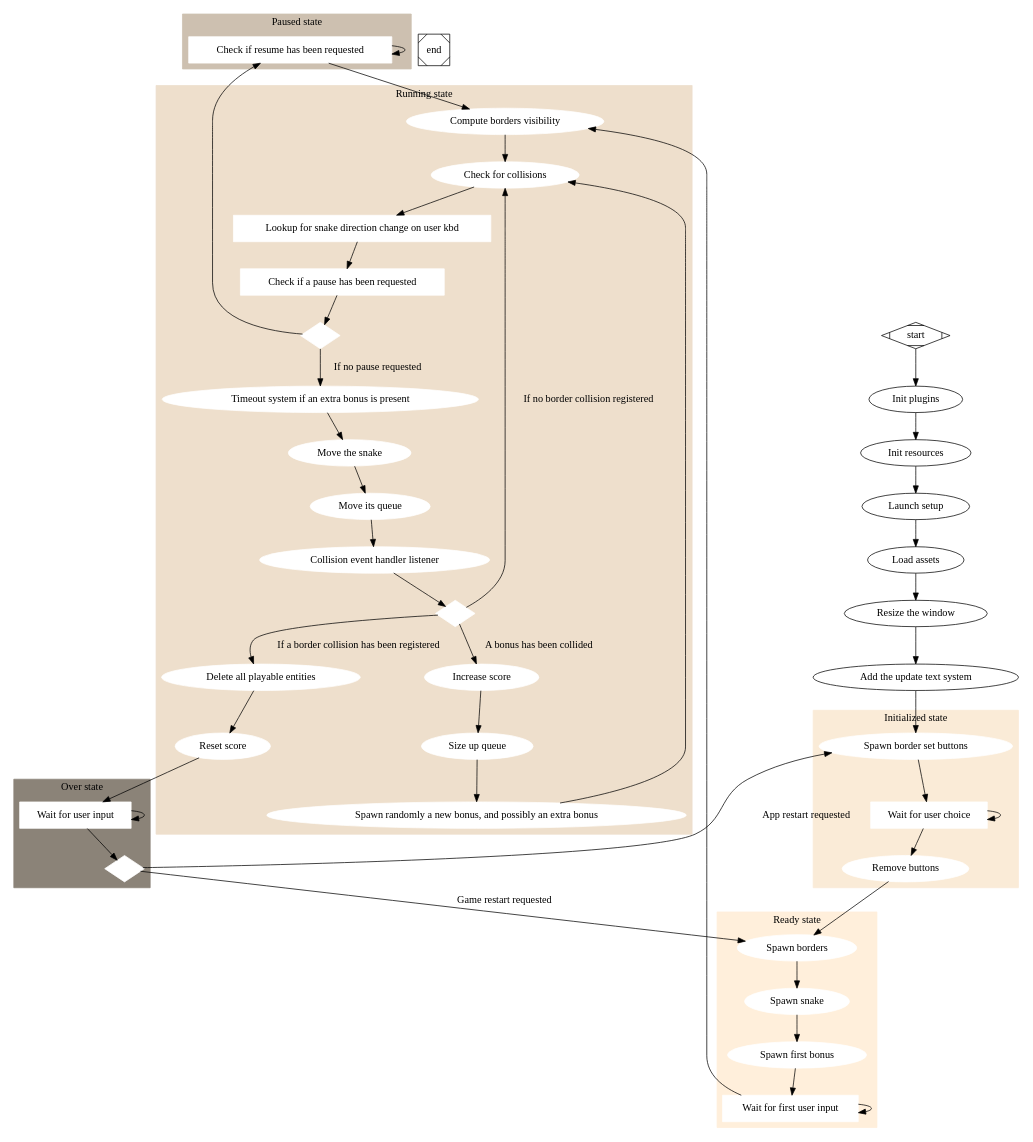
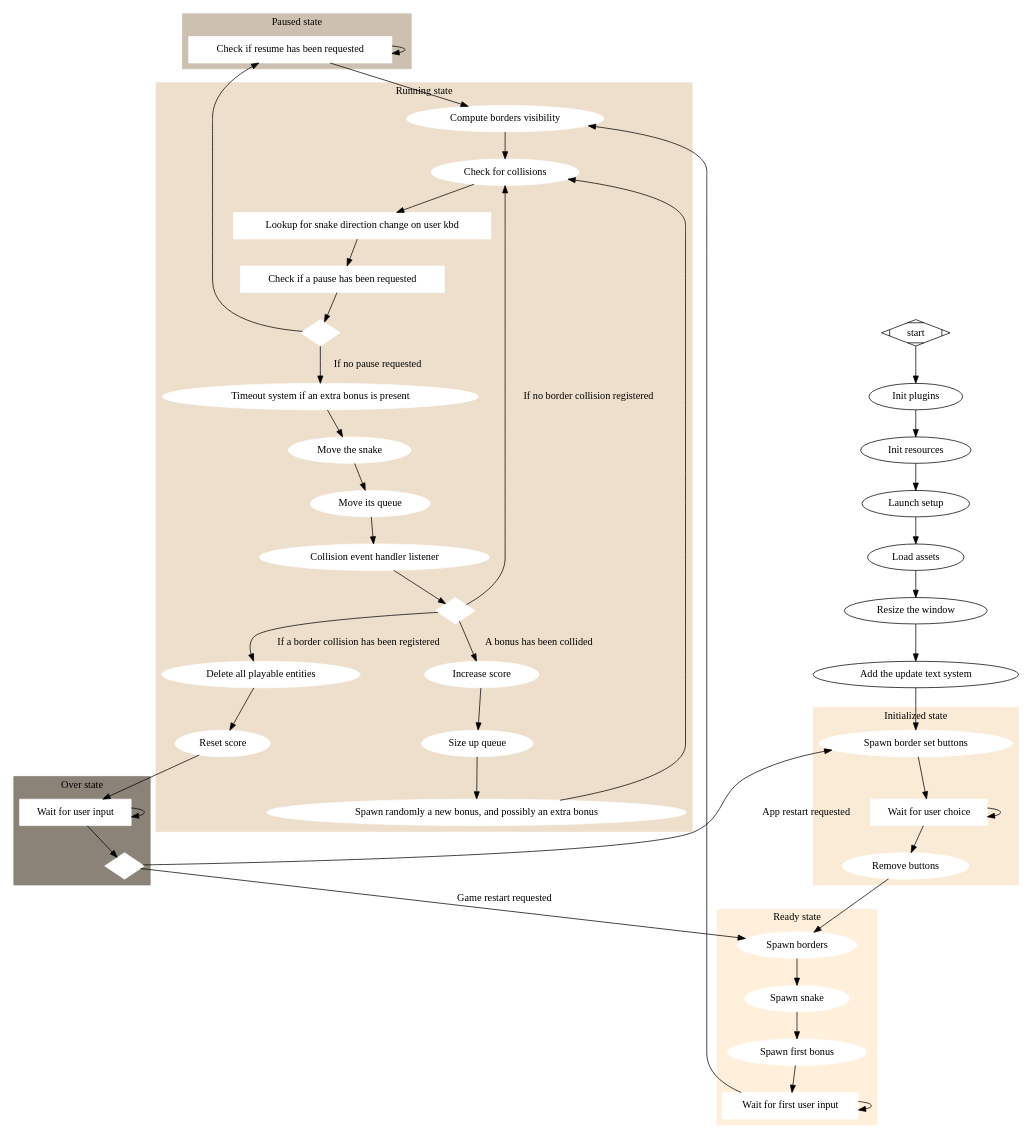
Before and after one commit to nag763/texas-snake: the diagram in process.dot, drawn with Graphviz. The commit also changed 3 other files, not shown here.

Commit message:
Add process graph to readme

```diff
--- a/process.dot
+++ b/process.dot
@@ -1,78 +1,77 @@
 digraph texas_snake_graph {
 
   subgraph cluster_0 {
     style=filled;
     color=antiquewhite;
     node [style=filled,color=white];
     "Spawn border set buttons" -> "Wait for user choice" -> "Wait for user choice" -> "Remove buttons"
     label = "Initialized state";
     "Wait for user choice" [shape=box]
   }
 
   subgraph cluster_1 {
       style=filled;
       color=antiquewhite1;
       node [style=filled,color=white];
       "Spawn borders" ->  "Spawn snake" -> "Spawn first bonus" -> "Wait for first user input" -> "Wait for first user input"
       "Wait for first user input" [shape=box]
       label = "Ready state"
   }
   
   subgraph cluster_2 {
       style=filled;
       color=antiquewhite2;
       node [style=filled,color=white];
       "Compute borders visibility" 
       -> "Check for collisions" 
       -> "Lookup for snake direction change on user kbd" 
       ->  "Check if a pause has been requested"
       -> a0;
       a0 -> "Timeout system if an extra bonus is present" [label="If no pause requested"];
       "Timeout system if an extra bonus is present"
       -> "Move the snake"
       -> "Move its queue"
       -> "Collision event handler listener"
       -> a1;
       a1 -> "Check for collisions" [label="If no border collision registered"];
       a1 -> "Delete all playable entities" [label="If a border collision has been registered"];
       a1 -> "Increase score" [label="A bonus has been collided"];
       "Increase score" -> "Size up queue" -> "Spawn randomly a new bonus, and possibly an extra bonus"
       "Spawn randomly a new bonus, and possibly an extra bonus" -> "Check for collisions"
       "Delete all playable entities" -> "Reset score";
       a0, a1 [label="", shape="diamond"]
       "Check if a pause has been requested" [shape=box]
       "Lookup for snake direction change on user kbd" [shape=box]
       label= "Running state"
   }
   
   subgraph cluster_3 {
       style=filled;
       color=antiquewhite3;
       node [style=filled,color=white];
       label= "Paused state"
       "Check if resume has been requested"  -> "Check if resume has been requested"
        "Check if resume has been requested"  [shape=box]
   }
   
   subgraph cluster_4 {
       style=filled;
       color=antiquewhite4;
       node [style=filled,color=white];
       "Wait for user input" -> "Wait for user input" -> b0;
       "Wait for user input"  [shape=box]
       b0 [label="", shape="diamond"]
       label = "Over state"
   }
 
   start -> "Init plugins" -> "Init resources" -> "Launch setup" -> "Load assets" -> "Resize the window" -> "Add the update text system" -> "Spawn border set buttons";
   "Remove buttons" -> "Spawn borders"
   "Wait for first user input" -> "Compute borders visibility"
   a0 -> "Check if resume has been requested";
   b0 -> "Spawn borders" [label="Game restart requested"];
   b0 -> "Spawn border set buttons" [label="App restart requested"];
   "Reset score" -> "Wait for user input"
   "Check if resume has been requested" -> "Compute borders visibility";
     
   start [shape=Mdiamond];
-  end [shape=Msquare];
 }
```
